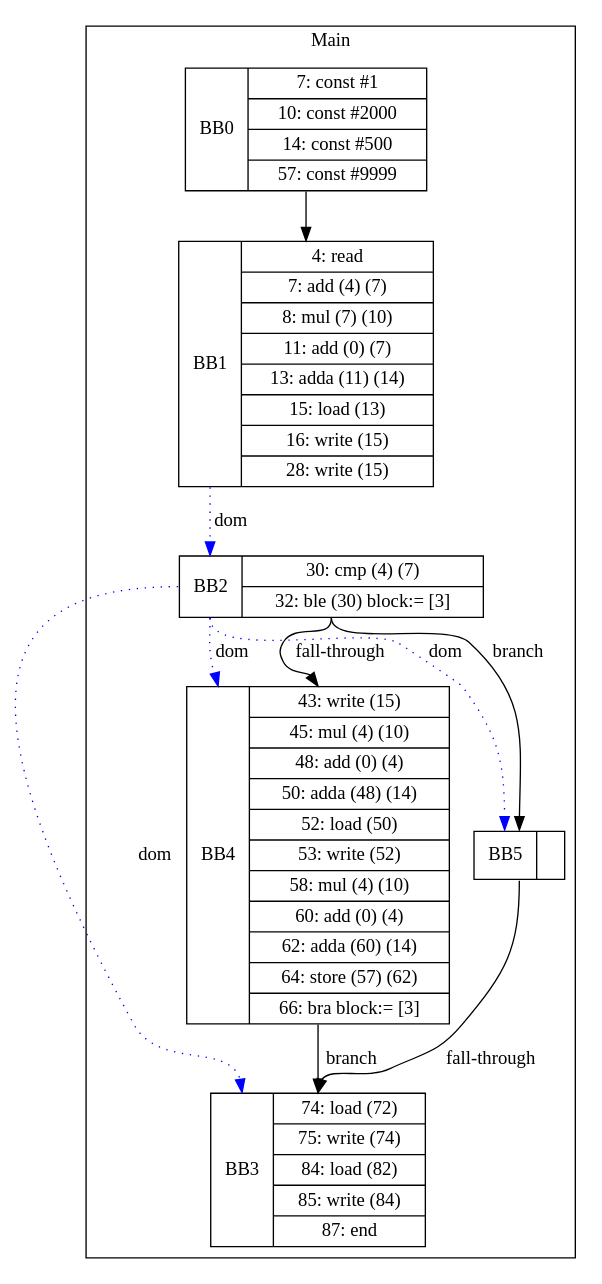
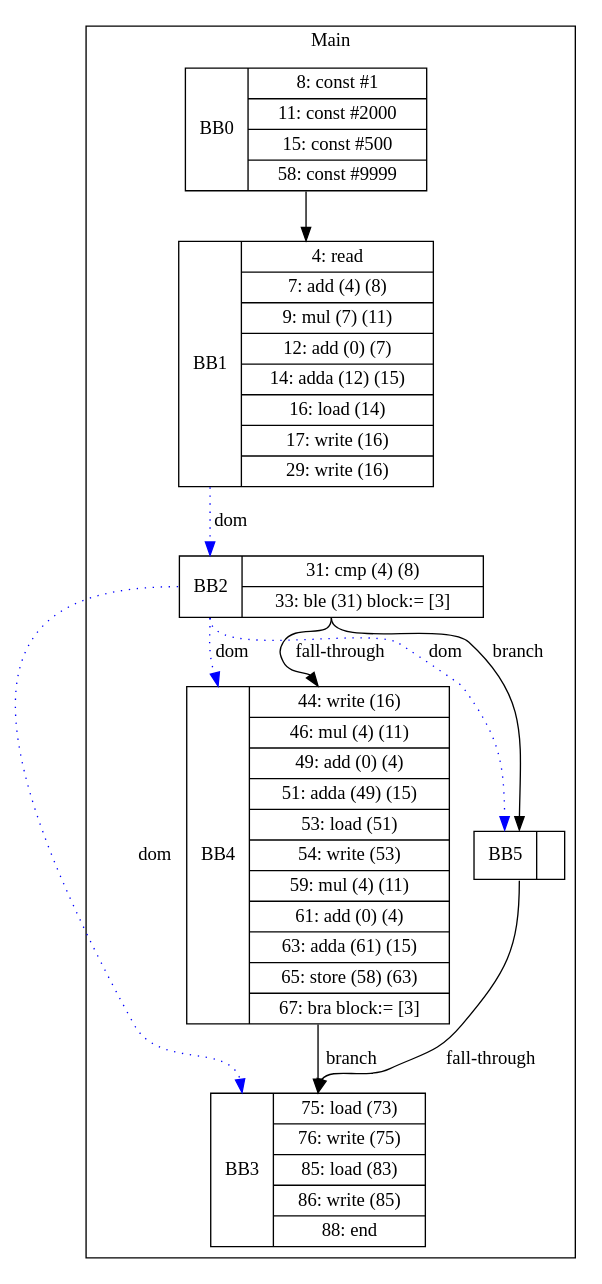
One commit to zjc664656505/UCI-CS241-Advanced-Compiler-main changed the diagram in visualization/cbelem/array/ifJoinKill-2.gv. Above: the diagram before and after it, drawn with Graphviz. The commit also changed 65 other files, not shown here.

```diff
--- a/visualization/cbelem/array/ifJoinKill-2.gv
+++ b/visualization/cbelem/array/ifJoinKill-2.gv
@@ -1,21 +1,21 @@
 digraph G {
 node [shape=record];
 subgraph cluster_main{
 label = "Main";
-BB0 [shape=record, label="<b>BB0|{7: const #1|10: const #2000|14: const #500|57: const #9999}"];
-BB1 [shape=record, label="<b>BB1|{4: read|7: add (4) (7)|8: mul (7) (10)|11: add (0) (7)|13: adda (11) (14)|15: load (13)|16: write (15)|28: write (15)}"];
-BB2 [shape=record, label="<b>BB2|{30: cmp (4) (7)|32: ble (30) block:= [3]}"];
-BB3 [shape=record, label="<b>BB3|{74: load (72)|75: write (74)|84: load (82)|85: write (84)|87: end}"];
-BB4 [shape=record, label="<b>BB4|{43: write (15)|45: mul (4) (10)|48: add (0) (4)|50: adda (48) (14)|52: load (50)|53: write (52)|58: mul (4) (10)|60: add (0) (4)|62: adda (60) (14)|64: store (57) (62)|66: bra block:= [3]}"];
+BB0 [shape=record, label="<b>BB0|{8: const #1|11: const #2000|15: const #500|58: const #9999}"];
+BB1 [shape=record, label="<b>BB1|{4: read|7: add (4) (8)|9: mul (7) (11)|12: add (0) (7)|14: adda (12) (15)|16: load (14)|17: write (16)|29: write (16)}"];
+BB2 [shape=record, label="<b>BB2|{31: cmp (4) (8)|33: ble (31) block:= [3]}"];
+BB3 [shape=record, label="<b>BB3|{75: load (73)|76: write (75)|85: load (83)|86: write (85)|88: end}"];
+BB4 [shape=record, label="<b>BB4|{44: write (16)|46: mul (4) (11)|49: add (0) (4)|51: adda (49) (15)|53: load (51)|54: write (53)|59: mul (4) (11)|61: add (0) (4)|63: adda (61) (15)|65: store (58) (63)|67: bra block:= [3]}"];
 BB5 [shape=record, label="<b>BB5|}"];
 }
 BB0:s -> BB1:n ;
 BB2:b -> BB3:b [color=blue, style=dotted, label="dom"];
 BB2:b -> BB4:b [color=blue, style=dotted, label="dom"];
 BB1:b -> BB2:b [color=blue, style=dotted, label="dom"];
 BB2:b -> BB5:b [color=blue, style=dotted, label="dom"];
 BB2:s -> BB5:n [label="branch"];
 BB4:s -> BB3:n [label="branch"];
 BB5:s -> BB3:n [label="fall-through"];
 BB2:s -> BB4:n [label="fall-through"];
 }
```
